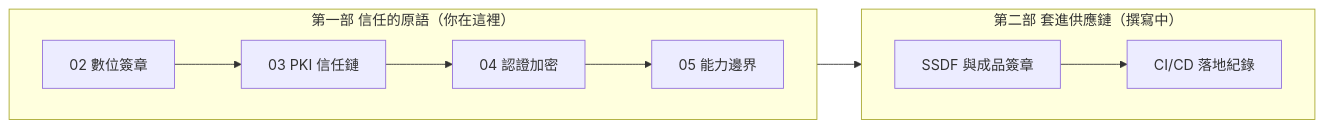
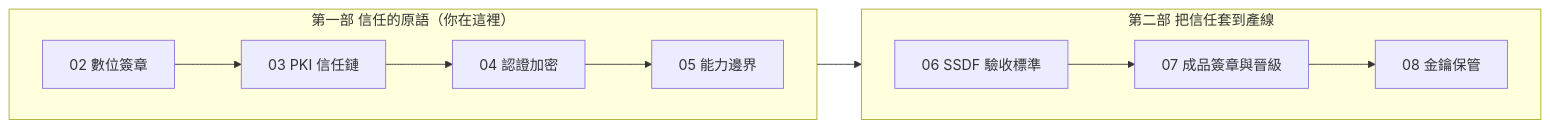
One commit to ryanGTR/supply-chain-trust changed the diagram in book/05-trust-primitives.qmd. Above: the diagram before and after it, drawn with Mermaid. The commit also changed 7 other files, not shown here.

````diff
--- a/book/05-trust-primitives.qmd
+++ b/book/05-trust-primitives.qmd
@@ -72,14 +72,14 @@
 ```{mermaid}
 %%| label: fig-bookmap
-%%| fig-cap: "全書地圖。第一部（已完成）搭原語；第二部（撰寫中）把原語套進供應鏈的六個攻擊面。"
+%%| fig-cap: "全書地圖。第一部搭原語；第二部把原語套到產線：驗收標準、成品簽章、金鑰保管。"
 flowchart LR
   subgraph P1["第一部 信任的原語（你在這裡）"]
     direction LR
     A["02 數位簽章"] --> B["03 PKI 信任鏈"] --> C["04 認證加密"] --> D["05 能力邊界"]
   end
-  subgraph P2["第二部 套進供應鏈（撰寫中）"]
+  subgraph P2["第二部 把信任套到產線"]
     direction LR
-    E["SSDF 與成品簽章"] --> F["CI/CD 落地紀錄"]
+    E["06 SSDF 驗收標準"] --> F["07 成品簽章與晉級"] --> G["08 金鑰保管"]
   end
   D --> E
 ```
````
